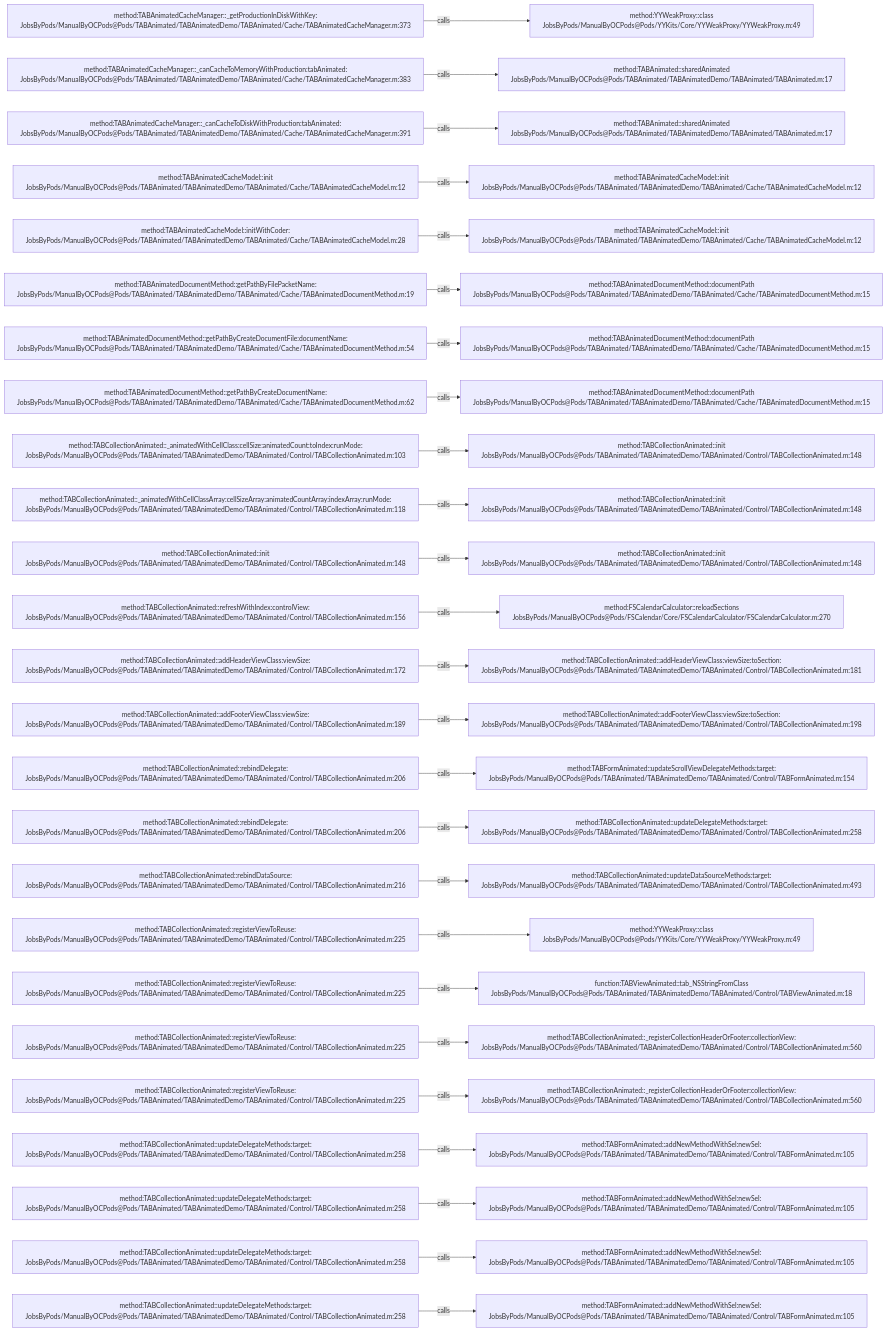
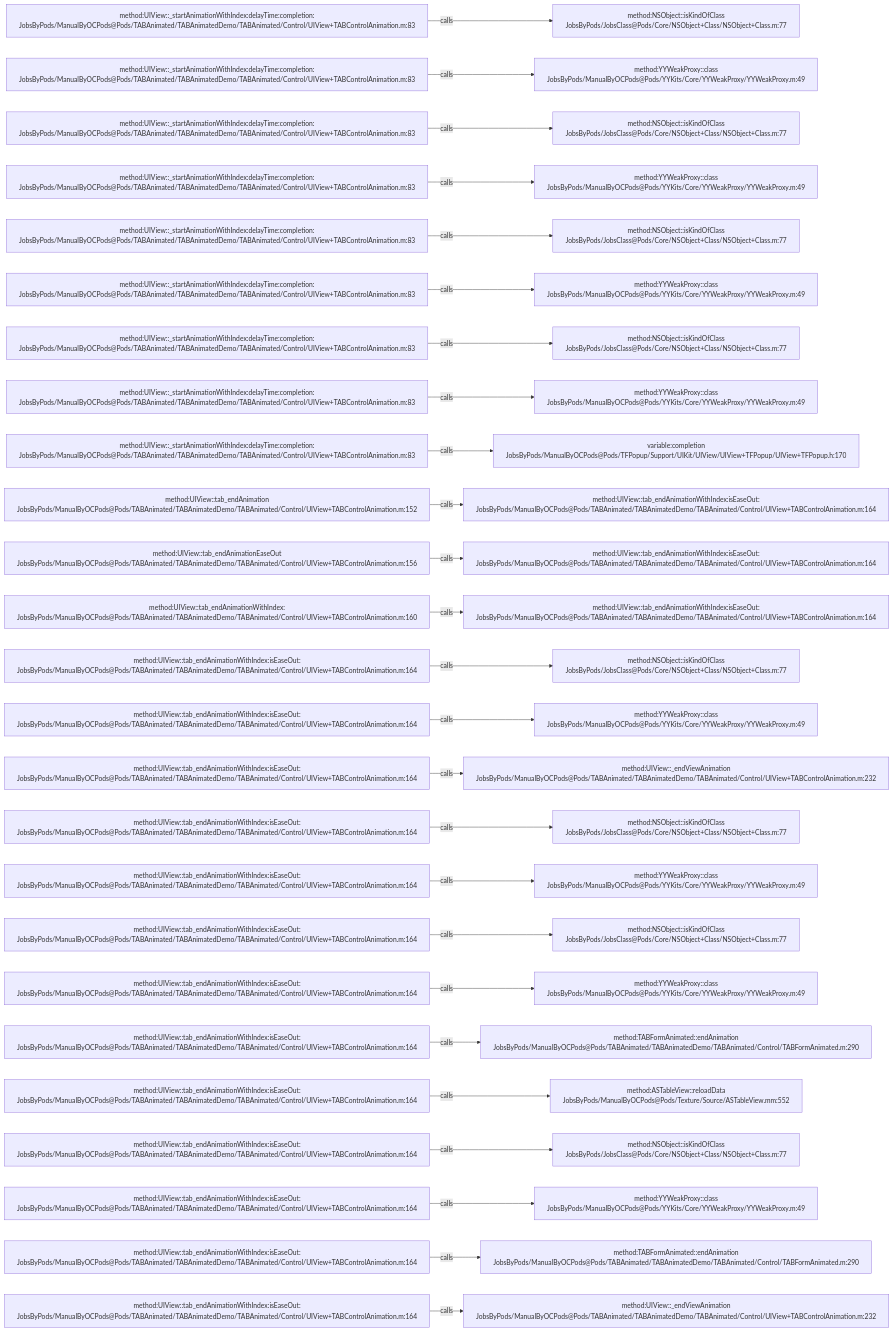
Before and after one commit to JobsKits/JobsOCBaseConfigDemo: the diagram in .codegraph/codegraph.md/graphs/calls-019.md, drawn with Mermaid. The commit also changed 1448 other files, not shown here.

````diff
--- a/.codegraph/codegraph.md/graphs/calls-019.md
+++ b/.codegraph/codegraph.md/graphs/calls-019.md
@@ -13,78 +13,78 @@
 ```mermaid
 flowchart LR
-  S1["method:TABAnimatedCacheManager::_getProductionInDiskWithKey:<br/>JobsByPods/ManualByOCPods@Pods/TABAnimated/TABAnimatedDemo/TABAnimated/Cache/TABAnimatedCacheManager.m:373"]
-  T1["method:YYWeakProxy::class<br/>JobsByPods/ManualByOCPods@Pods/YYKits/Core/YYWeakProxy/YYWeakProxy.m:49"]
+  S1["method:UIView::_startAnimationWithIndex:delayTime:completion:<br/>JobsByPods/ManualByOCPods@Pods/TABAnimated/TABAnimatedDemo/TABAnimated/Control/UIView+TABControlAnimation.m:83"]
+  T1["method:NSObject::isKindOfClass<br/>JobsByPods/JobsClass@Pods/Core/NSObject+Class/NSObject+Class.m:77"]
   S1 -->|calls| T1
-  S2["method:TABAnimatedCacheManager::_canCacheToMemoryWithProduction:tabAnimated:<br/>JobsByPods/ManualByOCPods@Pods/TABAnimated/TABAnimatedDemo/TABAnimated/Cache/TABAnimatedCacheManager.m:383"]
-  T2["method:TABAnimated::sharedAnimated<br/>JobsByPods/ManualByOCPods@Pods/TABAnimated/TABAnimatedDemo/TABAnimated/TABAnimated.m:17"]
+  S2["method:UIView::_startAnimationWithIndex:delayTime:completion:<br/>JobsByPods/ManualByOCPods@Pods/TABAnimated/TABAnimatedDemo/TABAnimated/Control/UIView+TABControlAnimation.m:83"]
+  T2["method:YYWeakProxy::class<br/>JobsByPods/ManualByOCPods@Pods/YYKits/Core/YYWeakProxy/YYWeakProxy.m:49"]
   S2 -->|calls| T2
-  S3["method:TABAnimatedCacheManager::_canCacheToDiskWithProduction:tabAnimated:<br/>JobsByPods/ManualByOCPods@Pods/TABAnimated/TABAnimatedDemo/TABAnimated/Cache/TABAnimatedCacheManager.m:391"]
-  T3["method:TABAnimated::sharedAnimated<br/>JobsByPods/ManualByOCPods@Pods/TABAnimated/TABAnimatedDemo/TABAnimated/TABAnimated.m:17"]
+  S3["method:UIView::_startAnimationWithIndex:delayTime:completion:<br/>JobsByPods/ManualByOCPods@Pods/TABAnimated/TABAnimatedDemo/TABAnimated/Control/UIView+TABControlAnimation.m:83"]
+  T3["method:NSObject::isKindOfClass<br/>JobsByPods/JobsClass@Pods/Core/NSObject+Class/NSObject+Class.m:77"]
   S3 -->|calls| T3
-  S4["method:TABAnimatedCacheModel::init<br/>JobsByPods/ManualByOCPods@Pods/TABAnimated/TABAnimatedDemo/TABAnimated/Cache/TABAnimatedCacheModel.m:12"]
-  T4["method:TABAnimatedCacheModel::init<br/>JobsByPods/ManualByOCPods@Pods/TABAnimated/TABAnimatedDemo/TABAnimated/Cache/TABAnimatedCacheModel.m:12"]
+  S4["method:UIView::_startAnimationWithIndex:delayTime:completion:<br/>JobsByPods/ManualByOCPods@Pods/TABAnimated/TABAnimatedDemo/TABAnimated/Control/UIView+TABControlAnimation.m:83"]
+  T4["method:YYWeakProxy::class<br/>JobsByPods/ManualByOCPods@Pods/YYKits/Core/YYWeakProxy/YYWeakProxy.m:49"]
   S4 -->|calls| T4
-  S5["method:TABAnimatedCacheModel::initWithCoder:<br/>JobsByPods/ManualByOCPods@Pods/TABAnimated/TABAnimatedDemo/TABAnimated/Cache/TABAnimatedCacheModel.m:28"]
-  T5["method:TABAnimatedCacheModel::init<br/>JobsByPods/ManualByOCPods@Pods/TABAnimated/TABAnimatedDemo/TABAnimated/Cache/TABAnimatedCacheModel.m:12"]
+  S5["method:UIView::_startAnimationWithIndex:delayTime:completion:<br/>JobsByPods/ManualByOCPods@Pods/TABAnimated/TABAnimatedDemo/TABAnimated/Control/UIView+TABControlAnimation.m:83"]
+  T5["method:NSObject::isKindOfClass<br/>JobsByPods/JobsClass@Pods/Core/NSObject+Class/NSObject+Class.m:77"]
   S5 -->|calls| T5
-  S6["method:TABAnimatedDocumentMethod::getPathByFilePacketName:<br/>JobsByPods/ManualByOCPods@Pods/TABAnimated/TABAnimatedDemo/TABAnimated/Cache/TABAnimatedDocumentMethod.m:19"]
-  T6["method:TABAnimatedDocumentMethod::documentPath<br/>JobsByPods/ManualByOCPods@Pods/TABAnimated/TABAnimatedDemo/TABAnimated/Cache/TABAnimatedDocumentMethod.m:15"]
+  S6["method:UIView::_startAnimationWithIndex:delayTime:completion:<br/>JobsByPods/ManualByOCPods@Pods/TABAnimated/TABAnimatedDemo/TABAnimated/Control/UIView+TABControlAnimation.m:83"]
+  T6["method:YYWeakProxy::class<br/>JobsByPods/ManualByOCPods@Pods/YYKits/Core/YYWeakProxy/YYWeakProxy.m:49"]
   S6 -->|calls| T6
-  S7["method:TABAnimatedDocumentMethod::getPathByCreateDocumentFile:documentName:<br/>JobsByPods/ManualByOCPods@Pods/TABAnimated/TABAnimatedDemo/TABAnimated/Cache/TABAnimatedDocumentMethod.m:54"]
-  T7["method:TABAnimatedDocumentMethod::documentPath<br/>JobsByPods/ManualByOCPods@Pods/TABAnimated/TABAnimatedDemo/TABAnimated/Cache/TABAnimatedDocumentMethod.m:15"]
+  S7["method:UIView::_startAnimationWithIndex:delayTime:completion:<br/>JobsByPods/ManualByOCPods@Pods/TABAnimated/TABAnimatedDemo/TABAnimated/Control/UIView+TABControlAnimation.m:83"]
+  T7["method:NSObject::isKindOfClass<br/>JobsByPods/JobsClass@Pods/Core/NSObject+Class/NSObject+Class.m:77"]
   S7 -->|calls| T7
-  S8["method:TABAnimatedDocumentMethod::getPathByCreateDocumentName:<br/>JobsByPods/ManualByOCPods@Pods/TABAnimated/TABAnimatedDemo/TABAnimated/Cache/TABAnimatedDocumentMethod.m:62"]
-  T8["method:TABAnimatedDocumentMethod::documentPath<br/>JobsByPods/ManualByOCPods@Pods/TABAnimated/TABAnimatedDemo/TABAnimated/Cache/TABAnimatedDocumentMethod.m:15"]
+  S8["method:UIView::_startAnimationWithIndex:delayTime:completion:<br/>JobsByPods/ManualByOCPods@Pods/TABAnimated/TABAnimatedDemo/TABAnimated/Control/UIView+TABControlAnimation.m:83"]
+  T8["method:YYWeakProxy::class<br/>JobsByPods/ManualByOCPods@Pods/YYKits/Core/YYWeakProxy/YYWeakProxy.m:49"]
   S8 -->|calls| T8
-  S9["method:TABCollectionAnimated::_animatedWithCellClass:cellSize:animatedCount:toIndex:runMode:<br/>JobsByPods/ManualByOCPods@Pods/TABAnimated/TABAnimatedDemo/TABAnimated/Control/TABCollectionAnimated.m:103"]
-  T9["method:TABCollectionAnimated::init<br/>JobsByPods/ManualByOCPods@Pods/TABAnimated/TABAnimatedDemo/TABAnimated/Control/TABCollectionAnimated.m:148"]
+  S9["method:UIView::_startAnimationWithIndex:delayTime:completion:<br/>JobsByPods/ManualByOCPods@Pods/TABAnimated/TABAnimatedDemo/TABAnimated/Control/UIView+TABControlAnimation.m:83"]
+  T9["variable:completion<br/>JobsByPods/ManualByOCPods@Pods/TFPopup/Support/UIKit/UIView/UIView+TFPopup/UIView+TFPopup.h:170"]
   S9 -->|calls| T9
-  S10["method:TABCollectionAnimated::_animatedWithCellClassArray:cellSizeArray:animatedCountArray:indexArray:runMode:<br/>JobsByPods/ManualByOCPods@Pods/TABAnimated/TABAnimatedDemo/TABAnimated/Control/TABCollectionAnimated.m:118"]
-  T10["method:TABCollectionAnimated::init<br/>JobsByPods/ManualByOCPods@Pods/TABAnimated/TABAnimatedDemo/TABAnimated/Control/TABCollectionAnimated.m:148"]
+  S10["method:UIView::tab_endAnimation<br/>JobsByPods/ManualByOCPods@Pods/TABAnimated/TABAnimatedDemo/TABAnimated/Control/UIView+TABControlAnimation.m:152"]
+  T10["method:UIView::tab_endAnimationWithIndex:isEaseOut:<br/>JobsByPods/ManualByOCPods@Pods/TABAnimated/TABAnimatedDemo/TABAnimated/Control/UIView+TABControlAnimation.m:164"]
   S10 -->|calls| T10
-  S11["method:TABCollectionAnimated::init<br/>JobsByPods/ManualByOCPods@Pods/TABAnimated/TABAnimatedDemo/TABAnimated/Control/TABCollectionAnimated.m:148"]
-  T11["method:TABCollectionAnimated::init<br/>JobsByPods/ManualByOCPods@Pods/TABAnimated/TABAnimatedDemo/TABAnimated/Control/TABCollectionAnimated.m:148"]
+  S11["method:UIView::tab_endAnimationEaseOut<br/>JobsByPods/ManualByOCPods@Pods/TABAnimated/TABAnimatedDemo/TABAnimated/Control/UIView+TABControlAnimation.m:156"]
+  T11["method:UIView::tab_endAnimationWithIndex:isEaseOut:<br/>JobsByPods/ManualByOCPods@Pods/TABAnimated/TABAnimatedDemo/TABAnimated/Control/UIView+TABControlAnimation.m:164"]
   S11 -->|calls| T11
-  S12["method:TABCollectionAnimated::refreshWithIndex:controlView:<br/>JobsByPods/ManualByOCPods@Pods/TABAnimated/TABAnimatedDemo/TABAnimated/Control/TABCollectionAnimated.m:156"]
-  T12["method:FSCalendarCalculator::reloadSections<br/>JobsByPods/ManualByOCPods@Pods/FSCalendar/Core/FSCalendarCalculator/FSCalendarCalculator.m:270"]
+  S12["method:UIView::tab_endAnimationWithIndex:<br/>JobsByPods/ManualByOCPods@Pods/TABAnimated/TABAnimatedDemo/TABAnimated/Control/UIView+TABControlAnimation.m:160"]
+  T12["method:UIView::tab_endAnimationWithIndex:isEaseOut:<br/>JobsByPods/ManualByOCPods@Pods/TABAnimated/TABAnimatedDemo/TABAnimated/Control/UIView+TABControlAnimation.m:164"]
   S12 -->|calls| T12
-  S13["method:TABCollectionAnimated::addHeaderViewClass:viewSize:<br/>JobsByPods/ManualByOCPods@Pods/TABAnimated/TABAnimatedDemo/TABAnimated/Control/TABCollectionAnimated.m:172"]
-  T13["method:TABCollectionAnimated::addHeaderViewClass:viewSize:toSection:<br/>JobsByPods/ManualByOCPods@Pods/TABAnimated/TABAnimatedDemo/TABAnimated/Control/TABCollectionAnimated.m:181"]
+  S13["method:UIView::tab_endAnimationWithIndex:isEaseOut:<br/>JobsByPods/ManualByOCPods@Pods/TABAnimated/TABAnimatedDemo/TABAnimated/Control/UIView+TABControlAnimation.m:164"]
+  T13["method:NSObject::isKindOfClass<br/>JobsByPods/JobsClass@Pods/Core/NSObject+Class/NSObject+Class.m:77"]
   S13 -->|calls| T13
-  S14["method:TABCollectionAnimated::addFooterViewClass:viewSize:<br/>JobsByPods/ManualByOCPods@Pods/TABAnimated/TABAnimatedDemo/TABAnimated/Control/TABCollectionAnimated.m:189"]
-  T14["method:TABCollectionAnimated::addFooterViewClass:viewSize:toSection:<br/>JobsByPods/ManualByOCPods@Pods/TABAnimated/TABAnimatedDemo/TABAnimated/Control/TABCollectionAnimated.m:198"]
+  S14["method:UIView::tab_endAnimationWithIndex:isEaseOut:<br/>JobsByPods/ManualByOCPods@Pods/TABAnimated/TABAnimatedDemo/TABAnimated/Control/UIView+TABControlAnimation.m:164"]
+  T14["method:YYWeakProxy::class<br/>JobsByPods/ManualByOCPods@Pods/YYKits/Core/YYWeakProxy/YYWeakProxy.m:49"]
   S14 -->|calls| T14
-  S15["method:TABCollectionAnimated::rebindDelegate:<br/>JobsByPods/ManualByOCPods@Pods/TABAnimated/TABAnimatedDemo/TABAnimated/Control/TABCollectionAnimated.m:206"]
-  T15["method:TABFormAnimated::updateScrollViewDelegateMethods:target:<br/>JobsByPods/ManualByOCPods@Pods/TABAnimated/TABAnimatedDemo/TABAnimated/Control/TABFormAnimated.m:154"]
+  S15["method:UIView::tab_endAnimationWithIndex:isEaseOut:<br/>JobsByPods/ManualByOCPods@Pods/TABAnimated/TABAnimatedDemo/TABAnimated/Control/UIView+TABControlAnimation.m:164"]
+  T15["method:UIView::_endViewAnimation<br/>JobsByPods/ManualByOCPods@Pods/TABAnimated/TABAnimatedDemo/TABAnimated/Control/UIView+TABControlAnimation.m:232"]
   S15 -->|calls| T15
-  S16["method:TABCollectionAnimated::rebindDelegate:<br/>JobsByPods/ManualByOCPods@Pods/TABAnimated/TABAnimatedDemo/TABAnimated/Control/TABCollectionAnimated.m:206"]
-  T16["method:TABCollectionAnimated::updateDelegateMethods:target:<br/>JobsByPods/ManualByOCPods@Pods/TABAnimated/TABAnimatedDemo/TABAnimated/Control/TABCollectionAnimated.m:258"]
+  S16["method:UIView::tab_endAnimationWithIndex:isEaseOut:<br/>JobsByPods/ManualByOCPods@Pods/TABAnimated/TABAnimatedDemo/TABAnimated/Control/UIView+TABControlAnimation.m:164"]
+  T16["method:NSObject::isKindOfClass<br/>JobsByPods/JobsClass@Pods/Core/NSObject+Class/NSObject+Class.m:77"]
   S16 -->|calls| T16
-  S17["method:TABCollectionAnimated::rebindDataSource:<br/>JobsByPods/ManualByOCPods@Pods/TABAnimated/TABAnimatedDemo/TABAnimated/Control/TABCollectionAnimated.m:216"]
-  T17["method:TABCollectionAnimated::updateDataSourceMethods:target:<br/>JobsByPods/ManualByOCPods@Pods/TABAnimated/TABAnimatedDemo/TABAnimated/Control/TABCollectionAnimated.m:493"]
+  S17["method:UIView::tab_endAnimationWithIndex:isEaseOut:<br/>JobsByPods/ManualByOCPods@Pods/TABAnimated/TABAnimatedDemo/TABAnimated/Control/UIView+TABControlAnimation.m:164"]
+  T17["method:YYWeakProxy::class<br/>JobsByPods/ManualByOCPods@Pods/YYKits/Core/YYWeakProxy/YYWeakProxy.m:49"]
   S17 -->|calls| T17
-  S18["method:TABCollectionAnimated::registerViewToReuse:<br/>JobsByPods/ManualByOCPods@Pods/TABAnimated/TABAnimatedDemo/TABAnimated/Control/TABCollectionAnimated.m:225"]
-  T18["method:YYWeakProxy::class<br/>JobsByPods/ManualByOCPods@Pods/YYKits/Core/YYWeakProxy/YYWeakProxy.m:49"]
+  S18["method:UIView::tab_endAnimationWithIndex:isEaseOut:<br/>JobsByPods/ManualByOCPods@Pods/TABAnimated/TABAnimatedDemo/TABAnimated/Control/UIView+TABControlAnimation.m:164"]
+  T18["method:NSObject::isKindOfClass<br/>JobsByPods/JobsClass@Pods/Core/NSObject+Class/NSObject+Class.m:77"]
   S18 -->|calls| T18
-  S19["method:TABCollectionAnimated::registerViewToReuse:<br/>JobsByPods/ManualByOCPods@Pods/TABAnimated/TABAnimatedDemo/TABAnimated/Control/TABCollectionAnimated.m:225"]
-  T19["function:TABViewAnimated::tab_NSStringFromClass<br/>JobsByPods/ManualByOCPods@Pods/TABAnimated/TABAnimatedDemo/TABAnimated/Control/TABViewAnimated.m:18"]
+  S19["method:UIView::tab_endAnimationWithIndex:isEaseOut:<br/>JobsByPods/ManualByOCPods@Pods/TABAnimated/TABAnimatedDemo/TABAnimated/Control/UIView+TABControlAnimation.m:164"]
+  T19["method:YYWeakProxy::class<br/>JobsByPods/ManualByOCPods@Pods/YYKits/Core/YYWeakProxy/YYWeakProxy.m:49"]
   S19 -->|calls| T19
-  S20["method:TABCollectionAnimated::registerViewToReuse:<br/>JobsByPods/ManualByOCPods@Pods/TABAnimated/TABAnimatedDemo/TABAnimated/Control/TABCollectionAnimated.m:225"]
-  T20["method:TABCollectionAnimated::_registerCollectionHeaderOrFooter:collectionView:<br/>JobsByPods/ManualByOCPods@Pods/TABAnimated/TABAnimatedDemo/TABAnimated/Control/TABCollectionAnimated.m:560"]
+  S20["method:UIView::tab_endAnimationWithIndex:isEaseOut:<br/>JobsByPods/ManualByOCPods@Pods/TABAnimated/TABAnimatedDemo/TABAnimated/Control/UIView+TABControlAnimation.m:164"]
+  T20["method:TABFormAnimated::endAnimation<br/>JobsByPods/ManualByOCPods@Pods/TABAnimated/TABAnimatedDemo/TABAnimated/Control/TABFormAnimated.m:290"]
   S20 -->|calls| T20
-  S21["method:TABCollectionAnimated::registerViewToReuse:<br/>JobsByPods/ManualByOCPods@Pods/TABAnimated/TABAnimatedDemo/TABAnimated/Control/TABCollectionAnimated.m:225"]
-  T21["method:TABCollectionAnimated::_registerCollectionHeaderOrFooter:collectionView:<br/>JobsByPods/ManualByOCPods@Pods/TABAnimated/TABAnimatedDemo/TABAnimated/Control/TABCollectionAnimated.m:560"]
+  S21["method:UIView::tab_endAnimationWithIndex:isEaseOut:<br/>JobsByPods/ManualByOCPods@Pods/TABAnimated/TABAnimatedDemo/TABAnimated/Control/UIView+TABControlAnimation.m:164"]
+  T21["method:ASTableView::reloadData<br/>JobsByPods/ManualByOCPods@Pods/Texture/Source/ASTableView.mm:552"]
   S21 -->|calls| T21
-  S22["method:TABCollectionAnimated::updateDelegateMethods:target:<br/>JobsByPods/ManualByOCPods@Pods/TABAnimated/TABAnimatedDemo/TABAnimated/Control/TABCollectionAnimated.m:258"]
-  T22["method:TABFormAnimated::addNewMethodWithSel:newSel:<br/>JobsByPods/ManualByOCPods@Pods/TABAnimated/TABAnimatedDemo/TABAnimated/Control/TABFormAnimated.m:105"]
+  S22["method:UIView::tab_endAnimationWithIndex:isEaseOut:<br/>JobsByPods/ManualByOCPods@Pods/TABAnimated/TABAnimatedDemo/TABAnimated/Control/UIView+TABControlAnimation.m:164"]
+  T22["method:NSObject::isKindOfClass<br/>JobsByPods/JobsClass@Pods/Core/NSObject+Class/NSObject+Class.m:77"]
   S22 -->|calls| T22
-  S23["method:TABCollectionAnimated::updateDelegateMethods:target:<br/>JobsByPods/ManualByOCPods@Pods/TABAnimated/TABAnimatedDemo/TABAnimated/Control/TABCollectionAnimated.m:258"]
-  T23["method:TABFormAnimated::addNewMethodWithSel:newSel:<br/>JobsByPods/ManualByOCPods@Pods/TABAnimated/TABAnimatedDemo/TABAnimated/Control/TABFormAnimated.m:105"]
+  S23["method:UIView::tab_endAnimationWithIndex:isEaseOut:<br/>JobsByPods/ManualByOCPods@Pods/TABAnimated/TABAnimatedDemo/TABAnimated/Control/UIView+TABControlAnimation.m:164"]
+  T23["method:YYWeakProxy::class<br/>JobsByPods/ManualByOCPods@Pods/YYKits/Core/YYWeakProxy/YYWeakProxy.m:49"]
   S23 -->|calls| T23
-  S24["method:TABCollectionAnimated::updateDelegateMethods:target:<br/>JobsByPods/ManualByOCPods@Pods/TABAnimated/TABAnimatedDemo/TABAnimated/Control/TABCollectionAnimated.m:258"]
-  T24["method:TABFormAnimated::addNewMethodWithSel:newSel:<br/>JobsByPods/ManualByOCPods@Pods/TABAnimated/TABAnimatedDemo/TABAnimated/Control/TABFormAnimated.m:105"]
+  S24["method:UIView::tab_endAnimationWithIndex:isEaseOut:<br/>JobsByPods/ManualByOCPods@Pods/TABAnimated/TABAnimatedDemo/TABAnimated/Control/UIView+TABControlAnimation.m:164"]
+  T24["method:TABFormAnimated::endAnimation<br/>JobsByPods/ManualByOCPods@Pods/TABAnimated/TABAnimatedDemo/TABAnimated/Control/TABFormAnimated.m:290"]
   S24 -->|calls| T24
-  S25["method:TABCollectionAnimated::updateDelegateMethods:target:<br/>JobsByPods/ManualByOCPods@Pods/TABAnimated/TABAnimatedDemo/TABAnimated/Control/TABCollectionAnimated.m:258"]
-  T25["method:TABFormAnimated::addNewMethodWithSel:newSel:<br/>JobsByPods/ManualByOCPods@Pods/TABAnimated/TABAnimatedDemo/TABAnimated/Control/TABFormAnimated.m:105"]
+  S25["method:UIView::tab_endAnimationWithIndex:isEaseOut:<br/>JobsByPods/ManualByOCPods@Pods/TABAnimated/TABAnimatedDemo/TABAnimated/Control/UIView+TABControlAnimation.m:164"]
+  T25["method:UIView::_endViewAnimation<br/>JobsByPods/ManualByOCPods@Pods/TABAnimated/TABAnimatedDemo/TABAnimated/Control/UIView+TABControlAnimation.m:232"]
   S25 -->|calls| T25
 ```
````
